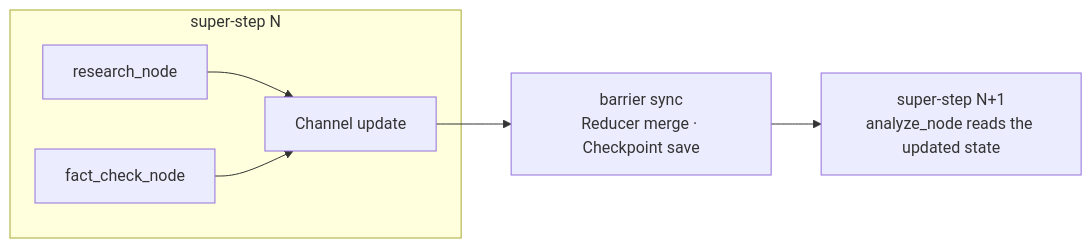
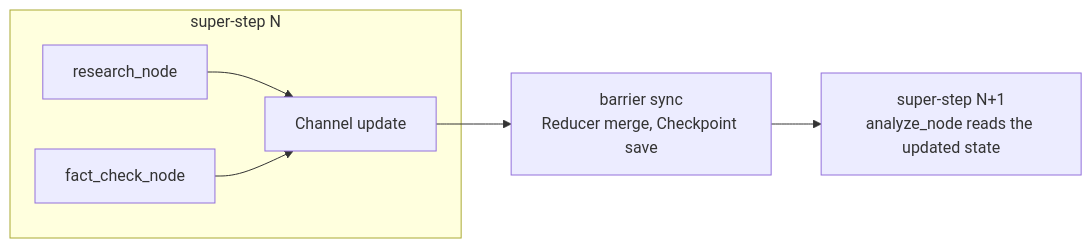
One commit to kukjun/blog changed the diagram in src/content/blog/en/langgraph-pregel.md. Above: the diagram before and after it, drawn with Mermaid. The commit also changed other lines of this file and 10 other files, not shown here.

````diff
--- a/src/content/blog/en/langgraph-pregel.md
+++ b/src/content/blog/en/langgraph-pregel.md
@@ -147,9 +146,9 @@
 ```mermaid
 flowchart LR
   subgraph s1["super-step N"]
     A1["research_node"] --> CH["Channel update"]
     B1["fact_check_node"] --> CH
   end
-  CH --> BAR["barrier sync<br/>Reducer merge · Checkpoint save"]
+  CH --> BAR["barrier sync<br/>Reducer merge, Checkpoint save"]
   BAR --> s2["super-step N+1<br/>analyze_node reads the updated state"]
 ```
````
